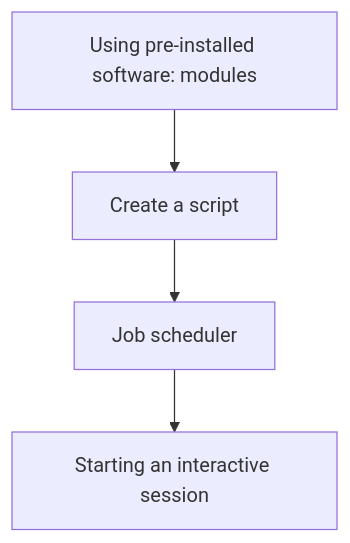
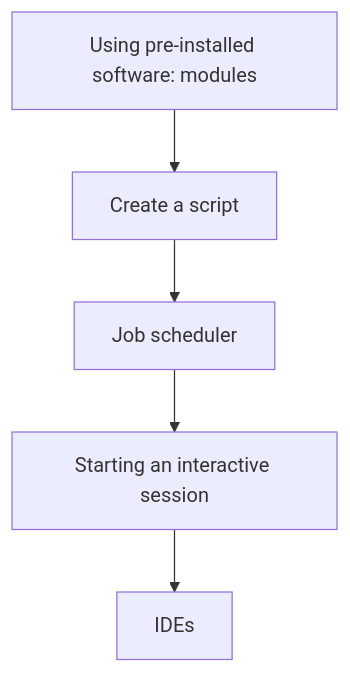
Before and after one commit to UPPMAX/uppmax_intro_day_1: the diagram in docs/sessions/introduction_real_work.md, drawn with Mermaid. The commit also changed other lines of this file and 3 other files, not shown here.

````diff
--- a/docs/sessions/introduction_real_work.md
+++ b/docs/sessions/introduction_real_work.md
@@ -17,14 +17,14 @@
 ```mermaid
 flowchart TD
-
-  classDef maybe_not_node stroke-dasharray: 5 5
 
   modules[Using pre-installed software: modules]
   scripts[Create a script]
   interactive[Starting an interactive session]
   job_scheduler[Job scheduler]
+  ides[IDEs]
 
   modules --> scripts
   scripts --> job_scheduler
   job_scheduler --> interactive
+  interactive --> ides
 ```
````
